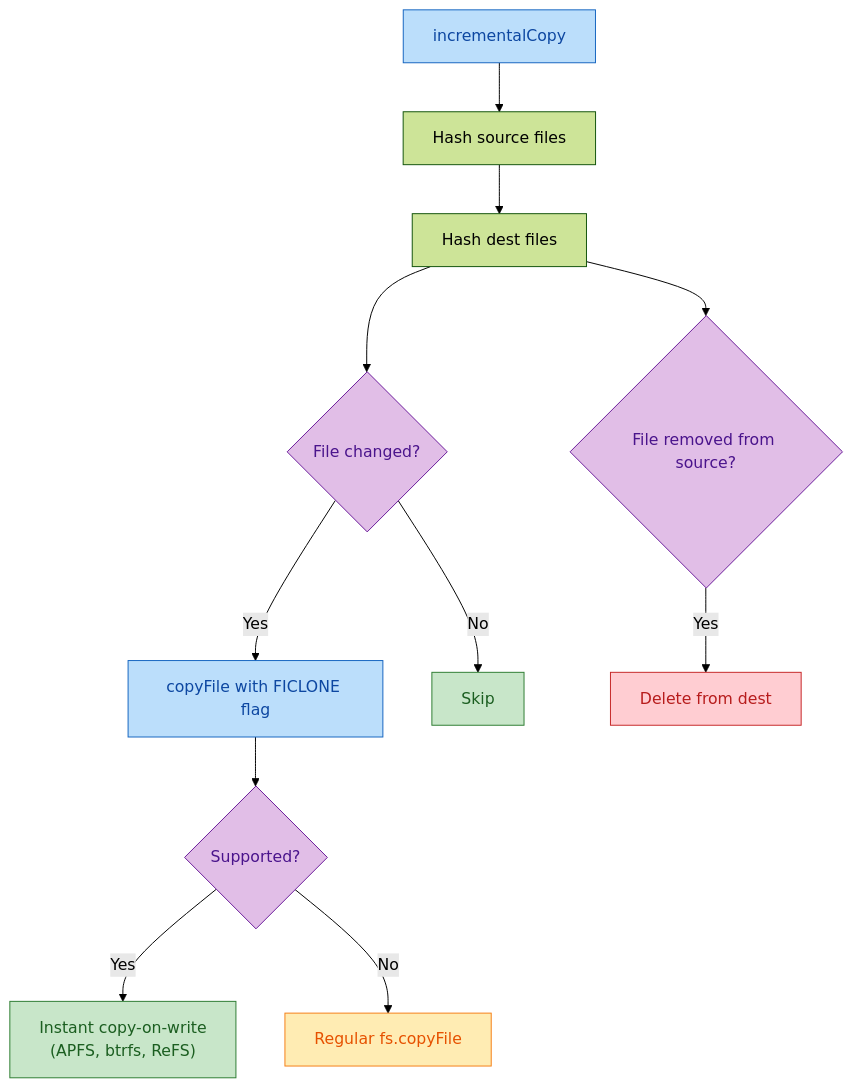
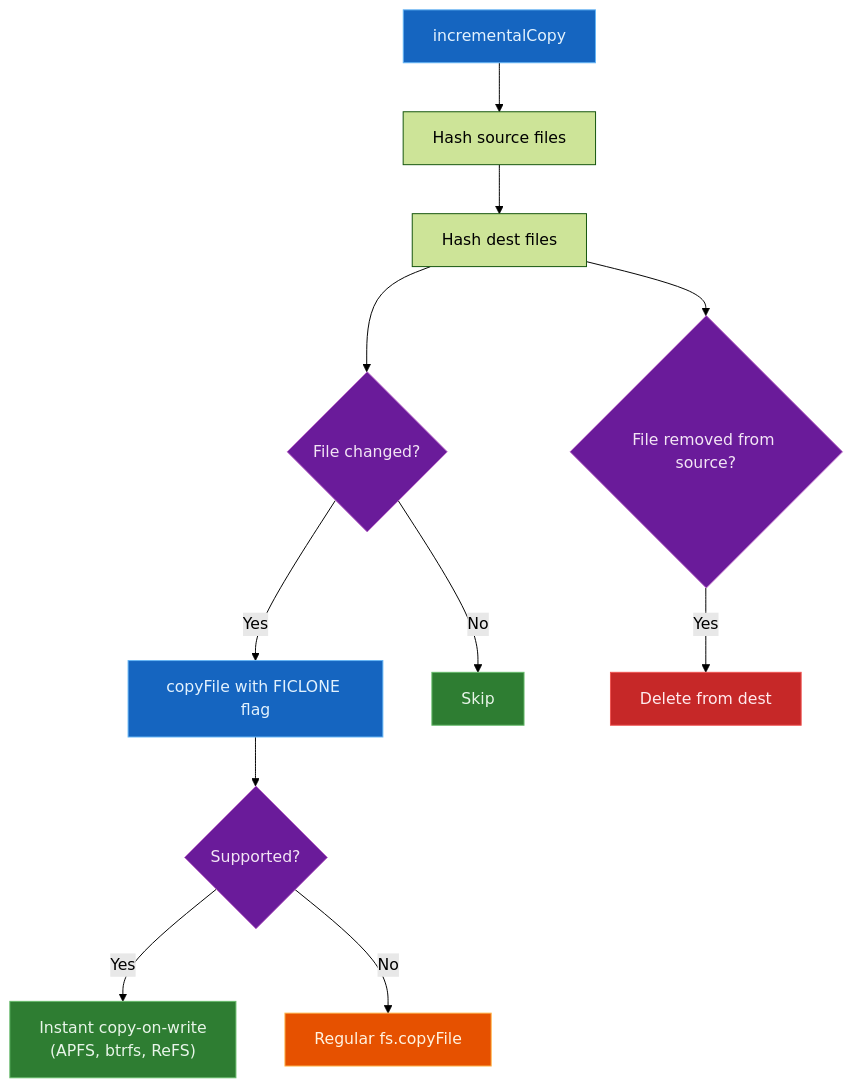
Before and after one commit to oleg-kuibar/plunk: the fifth of 5 diagrams in docs/how-it-works.md, drawn with Mermaid (forest theme). The commit also changed other lines of this file and 5 other files, not shown here.

First line of the commit message:
docs: use dark-fill mermaid colors for dark-themed UI readability

````diff
--- a/docs/how-it-works.md
+++ b/docs/how-it-works.md
@@ -155,24 +167,24 @@
 ```mermaid
 flowchart TD
     A[copyFile with FICLONE flag] --> B{Supported?}
     B -- Yes --> C["Instant copy-on-write<br/>(APFS, btrfs, ReFS)"]
     B -- No --> D[Regular fs.copyFile]
 
     E[incrementalCopy] --> F[Hash source files]
     F --> G[Hash dest files]
     G --> H{File changed?}
     H -- Yes --> A
     H -- No --> I[Skip]
     G --> J{File removed from source?}
     J -- Yes --> K[Delete from dest]
 
-    style A fill:#bbdefb,stroke:#1565c0,color:#0d47a1
-    style B fill:#e1bee7,stroke:#6a1b9a,color:#4a148c
-    style C fill:#c8e6c9,stroke:#2e7d32,color:#1b5e20
-    style D fill:#ffecb3,stroke:#f57f17,color:#e65100
-    style E fill:#bbdefb,stroke:#1565c0,color:#0d47a1
-    style H fill:#e1bee7,stroke:#6a1b9a,color:#4a148c
-    style I fill:#c8e6c9,stroke:#2e7d32,color:#1b5e20
-    style J fill:#e1bee7,stroke:#6a1b9a,color:#4a148c
-    style K fill:#ffcdd2,stroke:#c62828,color:#b71c1c
+    style A fill:#1565c0,stroke:#64b5f6,color:#e3f2fd
+    style B fill:#6a1b9a,stroke:#ba68c8,color:#f3e5f5
+    style C fill:#2e7d32,stroke:#66bb6a,color:#e8f5e9
+    style D fill:#e65100,stroke:#ffb74d,color:#fff3e0
+    style E fill:#1565c0,stroke:#64b5f6,color:#e3f2fd
+    style H fill:#6a1b9a,stroke:#ba68c8,color:#f3e5f5
+    style I fill:#2e7d32,stroke:#66bb6a,color:#e8f5e9
+    style J fill:#6a1b9a,stroke:#ba68c8,color:#f3e5f5
+    style K fill:#c62828,stroke:#ef5350,color:#ffebee
 ```
````
